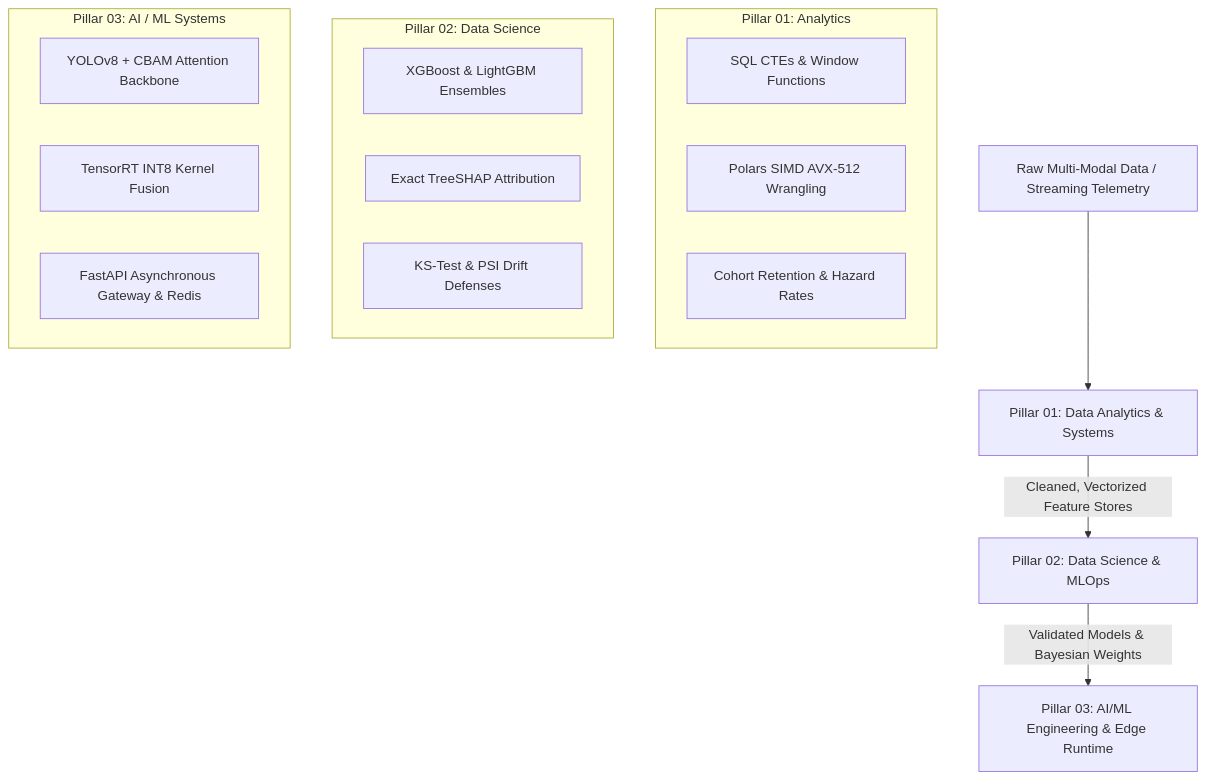
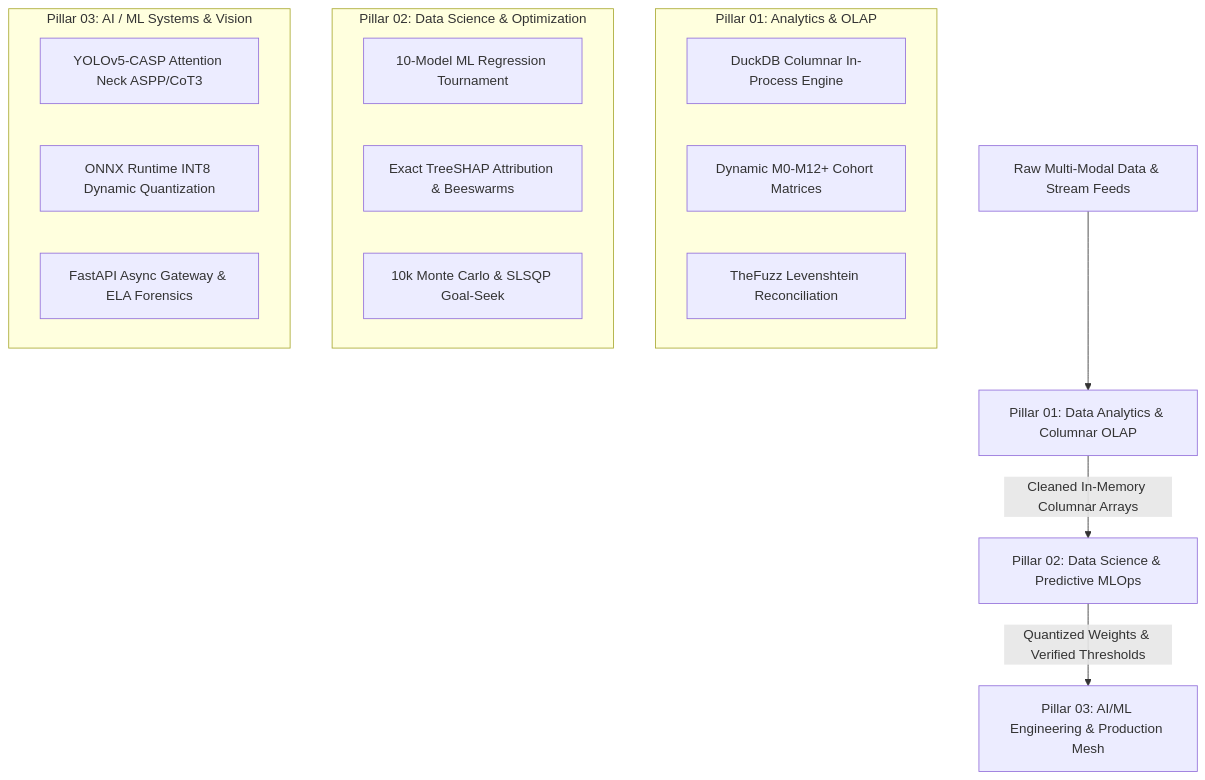
Before and after one commit to anujmundu/anuj-portfolio: the diagram in README.md, drawn with Mermaid. The commit also changed other lines of this file and 2 other files, not shown here.

````diff
--- a/README.md
+++ b/README.md
@@ -47,24 +69,24 @@
 ```mermaid
 graph TD
-    A[Raw Multi-Modal Data / Streaming Telemetry] --> B[Pillar 01: Data Analytics & Systems]
-    B -->|Cleaned, Vectorized Feature Stores| C[Pillar 02: Data Science & MLOps]
-    C -->|Validated Models & Bayesian Weights| D[Pillar 03: AI/ML Engineering & Edge Runtime]
+    A[Raw Multi-Modal Data & Stream Feeds] --> B[Pillar 01: Data Analytics & Columnar OLAP]
+    B -->|Cleaned In-Memory Columnar Arrays| C[Pillar 02: Data Science & Predictive MLOps]
+    C -->|Quantized Weights & Verified Thresholds| D[Pillar 03: AI/ML Engineering & Production Mesh]
     
-    subgraph "Pillar 01: Analytics"
-        B1[SQL CTEs & Window Functions]
-        B2[Polars SIMD AVX-512 Wrangling]
-        B3[Cohort Retention & Hazard Rates]
+    subgraph "Pillar 01: Analytics & OLAP"
+        B1[DuckDB Columnar In-Process Engine]
+        B2[Dynamic M0-M12+ Cohort Matrices]
+        B3[TheFuzz Levenshtein Reconciliation]
     end
 
-    subgraph "Pillar 02: Data Science"
-        C1[XGBoost & LightGBM Ensembles]
-        C2[Exact TreeSHAP Attribution]
-        C3[KS-Test & PSI Drift Defenses]
+    subgraph "Pillar 02: Data Science & Optimization"
+        C1[10-Model ML Regression Tournament]
+        C2[Exact TreeSHAP Attribution & Beeswarms]
+        C3[10k Monte Carlo & SLSQP Goal-Seek]
     end
 
-    subgraph "Pillar 03: AI / ML Systems"
-        D1[YOLOv8 + CBAM Attention Backbone]
-        D2[TensorRT INT8 Kernel Fusion]
-        D3[FastAPI Asynchronous Gateway & Redis]
+    subgraph "Pillar 03: AI / ML Systems & Vision"
+        D1[YOLOv5-CASP Attention Neck ASPP/CoT3]
+        D2[ONNX Runtime INT8 Dynamic Quantization]
+        D3[FastAPI Async Gateway & ELA Forensics]
     end
 ```
````
